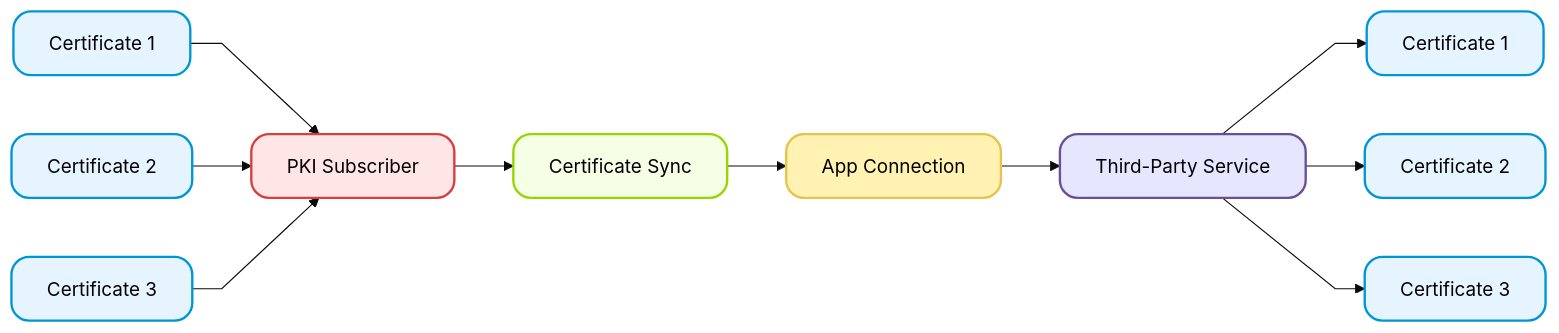
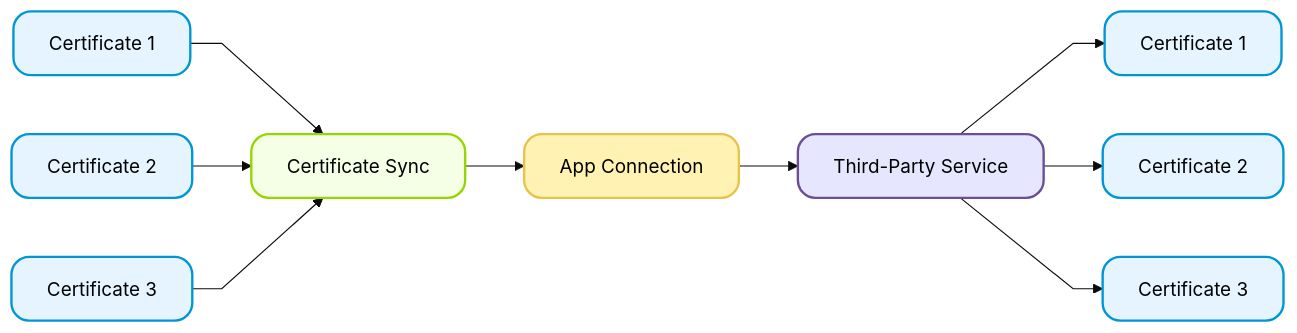
One commit to Infisical/infisical changed the diagram in docs/documentation/platform/pki/certificate-syncs/overview.mdx. Above: the diagram before and after it, drawn with Mermaid (base theme). The commit also changed other lines of this file and 29 other files, not shown here.

````diff
--- a/docs/documentation/platform/pki/certificate-syncs/overview.mdx
+++ b/docs/documentation/platform/pki/certificate-syncs/overview.mdx
@@ -22,37 +24,35 @@
     ```mermaid
     %%{init: {'flowchart': {'curve': 'linear'} } }%%
     graph LR
     A[App Connection]
     B[Certificate Sync]
     C[Certificate 1]
     D[Certificate 2]
     E[Certificate 3]
     F[Third-Party Service]
     G[Certificate 1]
     H[Certificate 2]
     I[Certificate 3]
-    J[PKI Subscriber]
 
     B --> A
-    C --> J
-    D --> J
-    E --> J
+    C --> B
+    D --> B
+    E --> B
     A --> F
     F --> G
     F --> H
     F --> I
-    J --> B
 
     classDef default fill:#ffffff,stroke:#666,stroke-width:2px,rx:10px,color:black
     classDef connection fill:#FFF2B2,stroke:#E6C34A,stroke-width:2px,color:black,rx:15px
     classDef certificate fill:#E6F4FF,stroke:#0096D6,stroke-width:2px,color:black,rx:15px
     classDef sync fill:#F4FFE6,stroke:#96D600,stroke-width:2px,color:black,rx:15px
     classDef service fill:#E6E6FF,stroke:#6B4E96,stroke-width:2px,color:black,rx:15px
     classDef subscriber fill:#FFE6E6,stroke:#D63F3F,stroke-width:2px,color:black,rx:15px
 
     class A connection
     class B sync
     class C,D,E,G,H,I certificate
     class F service
     class J subscriber
     ```
````
